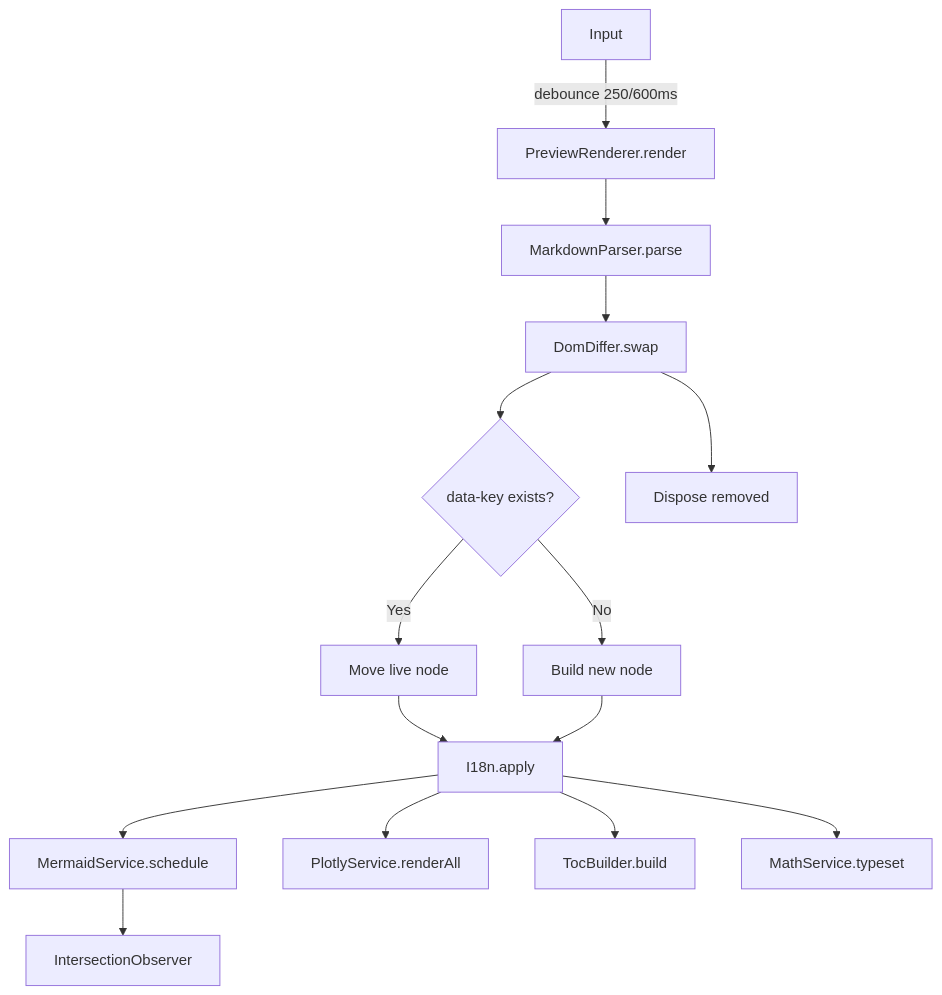
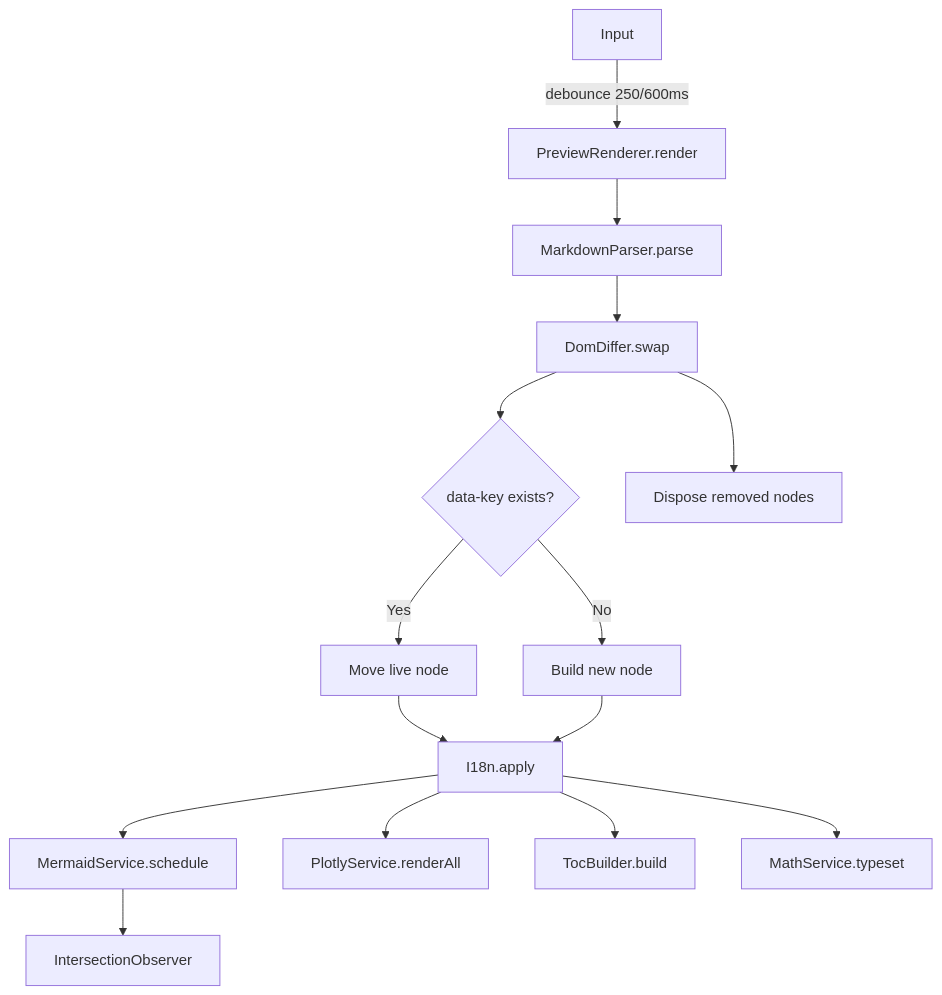
Before and after one commit to 3bd0sy/markdown_viewer: the diagram in docs/architecture.md, drawn with Mermaid. The commit also changed other lines of this file and 13 other files, not shown here.

````diff
--- a/docs/architecture.md
+++ b/docs/architecture.md
@@ -43,17 +259,17 @@
 ```mermaid
 flowchart TD
     A[Input] -->|debounce 250/600ms| B[PreviewRenderer.render]
     B --> C[MarkdownParser.parse]
     C --> D[DomDiffer.swap]
     D --> E{data-key exists?}
     E -- Yes --> F[Move live node]
     E -- No --> G[Build new node]
-    D --> H[Dispose removed]
+    D --> H[Dispose removed nodes]
     F --> I[I18n.apply]
     G --> I
     I --> J[MermaidService.schedule]
     J --> K[IntersectionObserver]
     I --> L[PlotlyService.renderAll]
     I --> M[TocBuilder.build]
     I --> N[MathService.typeset]
 ```
````
